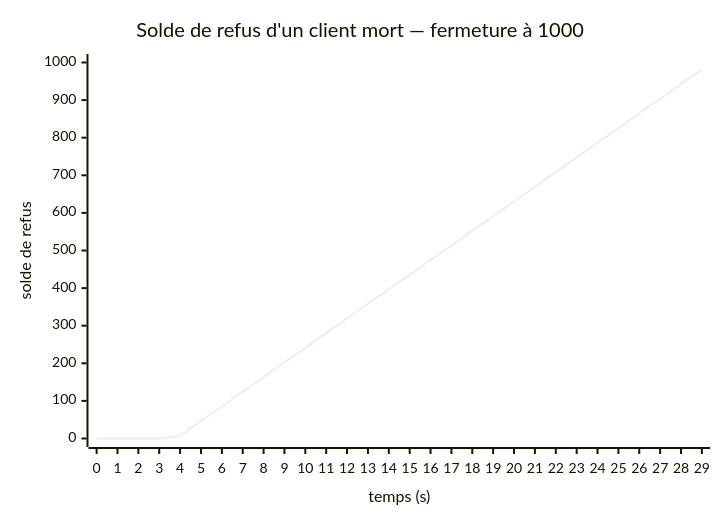
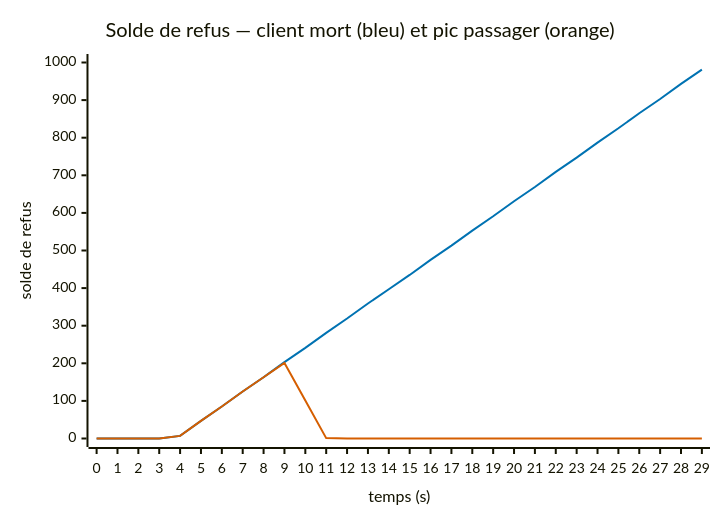
Before and after one commit to nodefony/nodefony-core: the seventh of 8 diagrams in src/packages/@nodefony/realtime/docs/cadence-et-contre-pression.md, drawn with Mermaid. The commit also changed other lines of this file and 2 other files, not shown here.

````diff
--- a/src/packages/@nodefony/realtime/docs/cadence-et-contre-pression.md
+++ b/src/packages/@nodefony/realtime/docs/cadence-et-contre-pression.md
@@ -434,7 +458,10 @@
 ```mermaid
+%%{init: {"themeVariables": {"xyChart": {"plotColorPalette": "#0072B2, #D55E00"}}}}%%
 xychart-beta
-  title "Solde de refus d'un client mort — fermeture à 1000"
+  title "Solde de refus — client mort (bleu) et pic passager (orange)"
   x-axis "temps (s)" [0, 1, 2, 3, 4, 5, 6, 7, 8, 9, 10, 11, 12, 13, 14, 15, 16, 17, 18, 19, 20, 21, 22, 23, 24, 25, 26, 27, 28, 29]
   y-axis "solde de refus" 0 --> 1000
+  %% series: client mort | pic passager
   line [0, 0, 0, 0, 7, 47, 85, 125, 163, 203, 241, 281, 319, 359, 397, 435, 475, 513, 553, 591, 631, 669, 709, 747, 787, 825, 865, 903, 943, 981]
+  line [0, 0, 0, 0, 7, 47, 85, 125, 163, 201, 101, 1, 0, 0, 0, 0, 0, 0, 0, 0, 0, 0, 0, 0, 0, 0, 0, 0, 0, 0]
 ```
````
